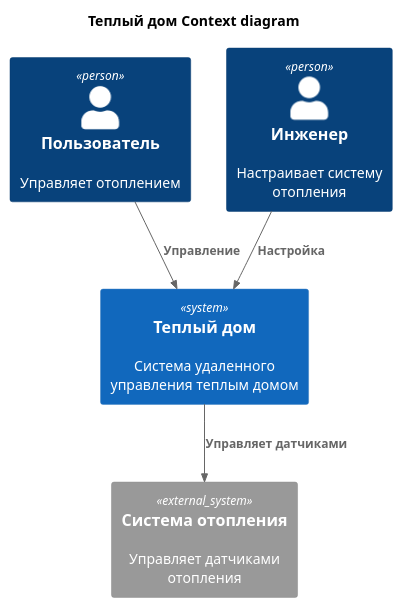
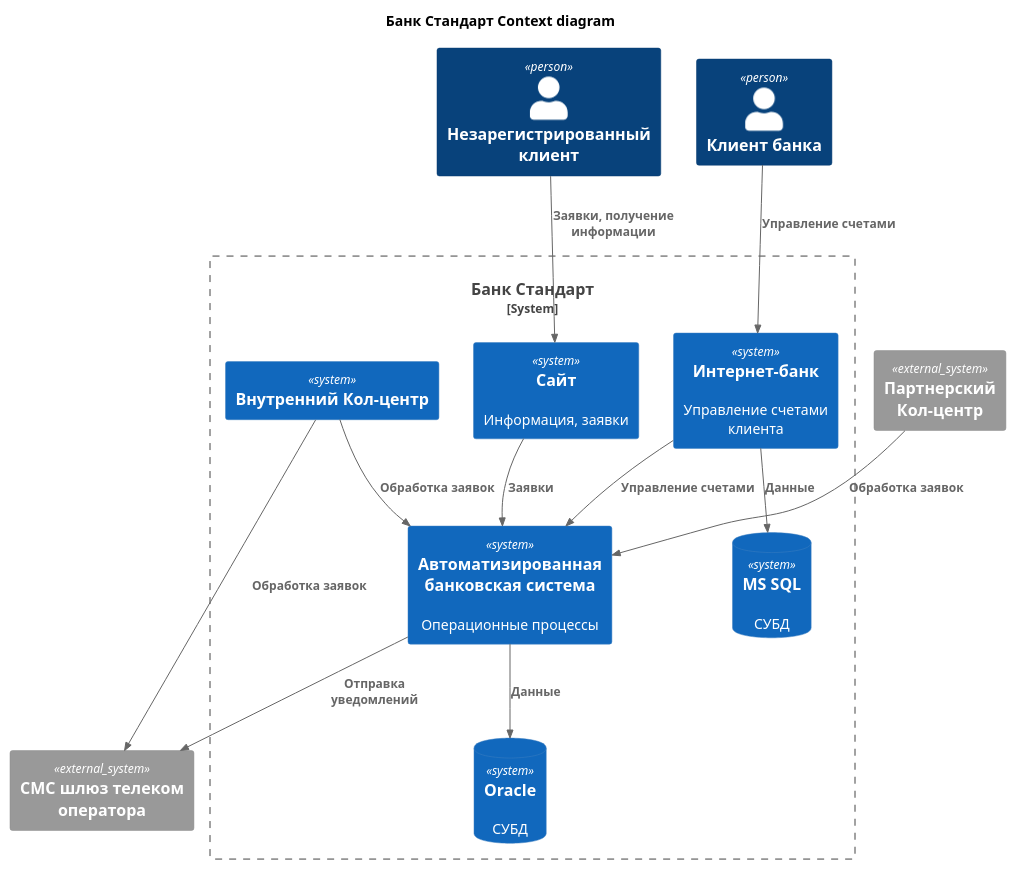
The diagram in Task3/Context.puml (AntonVolkov71/architecture-pro-standart), drawn with PlantUML before and after one commit. The commit also changed 6 other files, not shown here.

```diff
--- a/Task3/Context.puml
+++ b/Task3/Context.puml
@@ -1,18 +1,32 @@
 @startuml
-title Теплый дом Context diagram
+title Банк Стандарт Context diagram
 
 top to bottom direction
+!include ./lib/C4_Context.puml
 
-!includeurl https://raw.githubusercontent.com/RicardoNiepel/C4-PlantUML/master/C4_Component.puml
+Person(ClientNoneAuth, "Незарегистрированный клиент" )
+Person(Client, "Клиент банка" )
 
-Person(user, "Пользователь", "Управляет отоплением" )
-Person(admin, "Инженер", "Настраивает систему отопления")
-System(WarmHouseSystem, "Теплый дом", "Система удаленного управления теплым домом")
+System_Ext(SmsGateway, "СМС шлюз телеком оператора")
+System_Ext(CallCentreOut, "Партнерский Кол-центр")
 
-System_Ext(sensors, "Система отопления", "Управляет датчиками отопления")
+System_Boundary(BankStandard, "Банк Стандарт") {
+    System(Site, "Сайт", "Информация, заявки")
+    System(InternetBank, "Интернет-банк", "Управление счетами клиента")
+    SystemDb(DBMS_IB, "MS SQL", "СУБД")
+    System(ABS, "Автоматизированная банковская система", "Операционные процессы")
+    System(CallCentre, "Внутренний Кол-центр")
+    SystemDb(DBMS_ABS, "Oracle", "СУБД")
+}
 
-Rel(user, WarmHouseSystem, "Управление")
-Rel(admin, WarmHouseSystem,"Настройка")
-Rel(WarmHouseSystem, sensors, "Управляет датчиками")
-
+Rel(ClientNoneAuth, Site, "Заявки, получение информации")
+Rel(Client, InternetBank, "Управление счетами")
+Rel(Site, ABS, "Заявки")
+Rel(InternetBank, ABS, "Управление счетами")
+Rel(InternetBank, DBMS_IB, "Данные")
+Rel(ABS, DBMS_ABS, "Данные")
+Rel(CallCentre, ABS, "Обработка заявок")
+Rel(CallCentre, SmsGateway, "Обработка заявок")
+Rel(CallCentreOut, ABS, "Обработка заявок")
+Rel(ABS, SmsGateway, "Отправка уведомлений")
 @enduml
```
